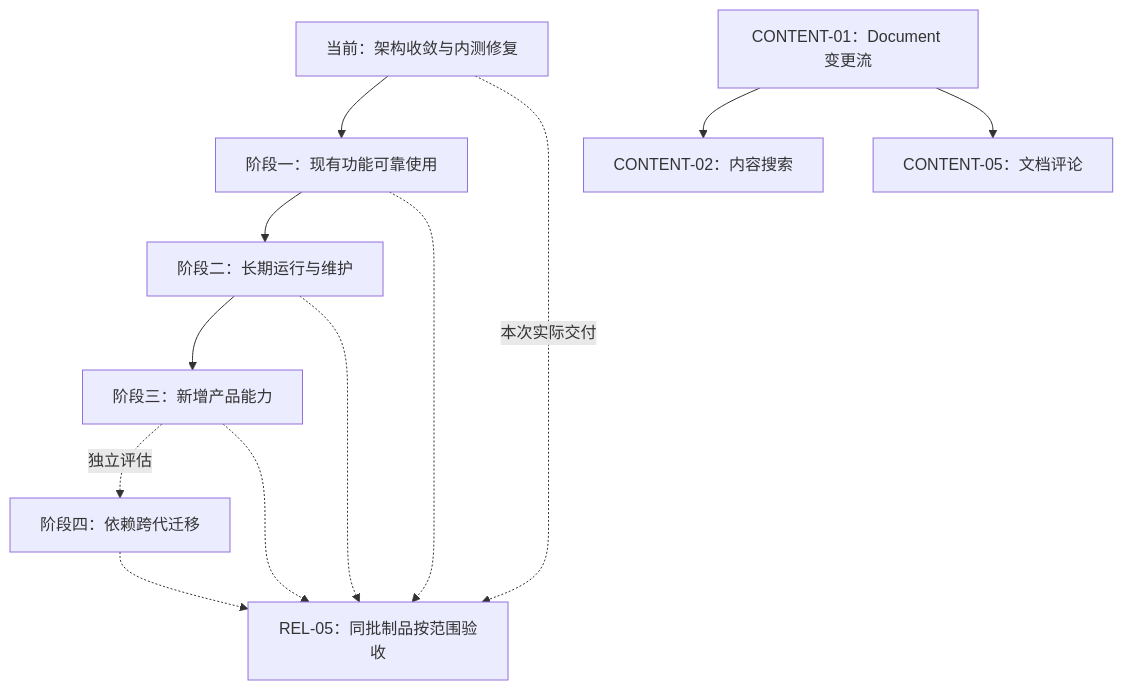
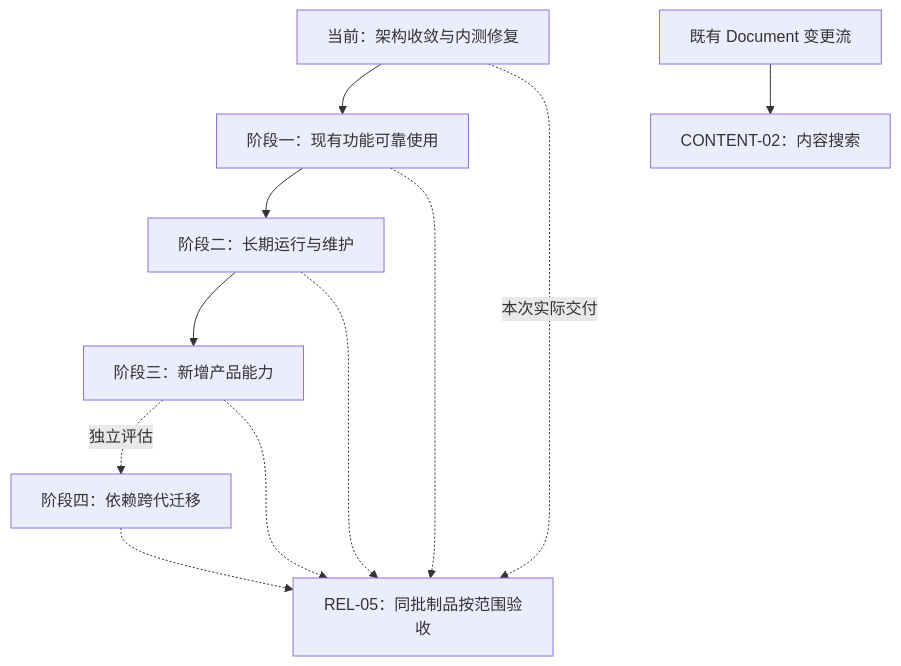
One commit to virjar/team-talk changed the diagram in doc/10-reference/roadmap.md. Above: the diagram before and after it, drawn with Mermaid. The commit also changed other lines of this file and 23 other files, not shown here.

````diff
--- a/doc/10-reference/roadmap.md
+++ b/doc/10-reference/roadmap.md
@@ -59,14 +59,13 @@
 ```mermaid
 flowchart TD
     Current["当前：架构收敛与内测修复"] --> Reliable["阶段一：现有功能可靠使用"]
     Reliable --> Operate["阶段二：长期运行与维护"]
     Operate --> Product["阶段三：新增产品能力"]
     Product -. 独立评估 .-> Dependencies["阶段四：依赖跨代迁移"]
     Current -. 本次实际交付 .-> Verify["REL-05：同批制品按范围验收"]
     Reliable -.-> Verify
     Operate -.-> Verify
     Product -.-> Verify
     Dependencies -.-> Verify
-    Changes["CONTENT-01：Document 变更流"] --> Search["CONTENT-02：内容搜索"]
-    Changes --> Comments["CONTENT-05：文档评论"]
+    Changes["既有 Document 变更流"] --> Search["CONTENT-02：内容搜索"]
 ```
````
